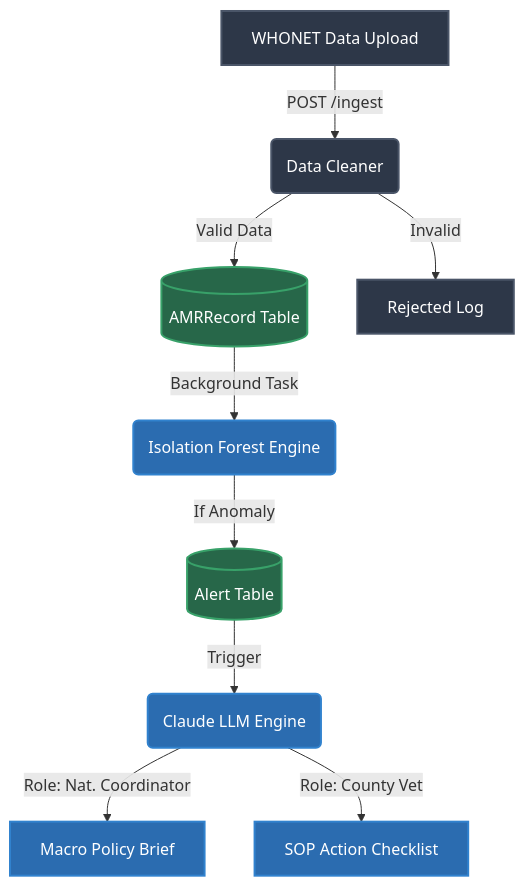
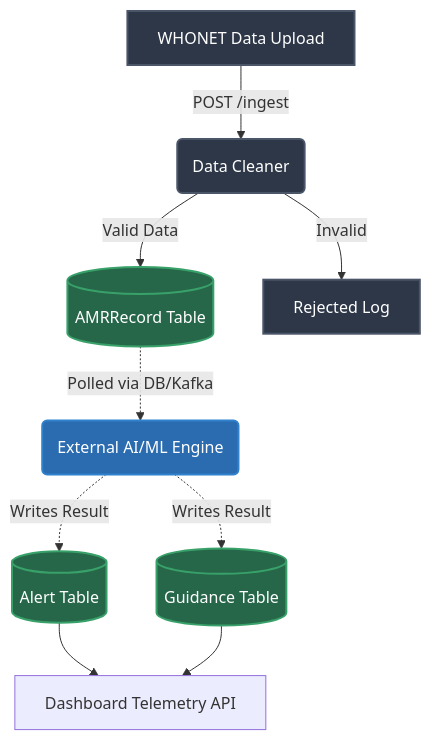
Before and after one commit to raphael4008/AMR-NEXUS-BE: the diagram in task.md, drawn with Mermaid. The commit also changed other lines of this file and 94 other files, not shown here.

````diff
--- a/task.md
+++ b/task.md
@@ -11,22 +12,22 @@
 ```mermaid
 graph TD
     %% Define Styles
     classDef infra fill:#2d3748,stroke:#4a5568,stroke-width:2px,color:#fff
     classDef ml fill:#2b6cb0,stroke:#3182ce,stroke-width:2px,color:#fff
     classDef db fill:#276749,stroke:#38a169,stroke-width:2px,color:#fff
     
     A[WHONET Data Upload] -->|POST /ingest| B(Data Cleaner)
     B -->|Valid Data| C[(AMRRecord Table)]
     B -->|Invalid| D[Rejected Log]
     
-    C -->|Background Task| E(Isolation Forest Engine)
-    E -->|If Anomaly| F[(Alert Table)]
+    C -.->|Polled via DB/Kafka| E(External AI/ML Engine)
+    E -.->|Writes Result| F[(Alert Table)]
+    E -.->|Writes Result| G[(Guidance Table)]
     
-    F -->|Trigger| G(Claude LLM Engine)
-    G -->|Role: Nat. Coordinator| H[Macro Policy Brief]
-    G -->|Role: County Vet| I[SOP Action Checklist]
+    F --> H[Dashboard Telemetry API]
+    G --> H
     
     class A,B,D infra;
-    class E,G,H,I ml;
-    class C,F db;
+    class E ml;
+    class C,F,G db;
 ```
````
